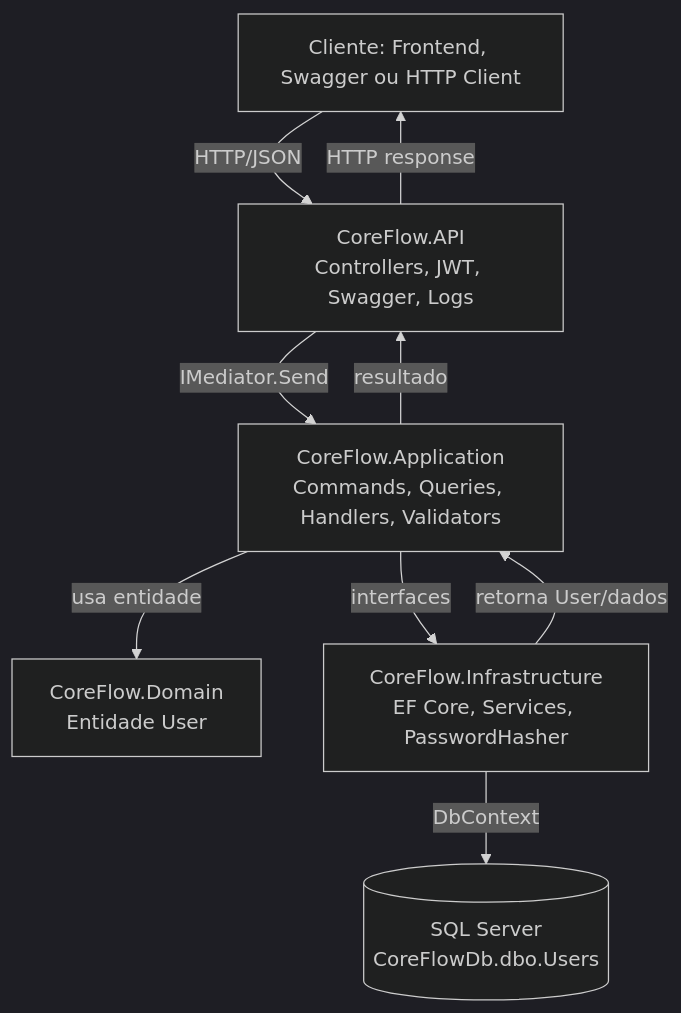
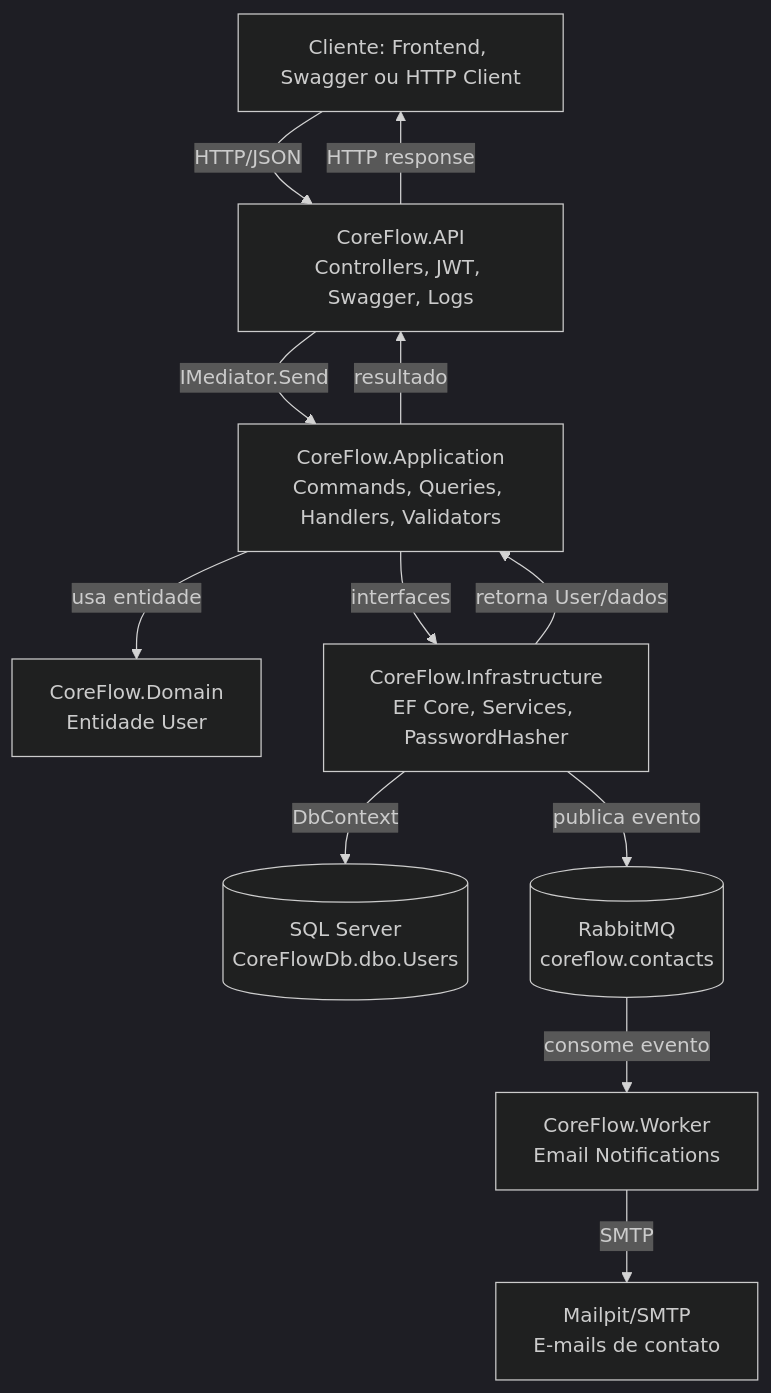
The first of 4 diagrams in CoreFlow/docs/documentacao-tecnica-coreflow-backend.md (george-marcone/AgendaApi), drawn with Mermaid (dark theme) before and after one commit. The commit also changed other lines of this file and 37 other files, not shown here.

````diff
--- a/CoreFlow/docs/documentacao-tecnica-coreflow-backend.md
+++ b/CoreFlow/docs/documentacao-tecnica-coreflow-backend.md
@@ -42,18 +45,24 @@
 ```mermaid
 flowchart TB
     Client[Cliente: Frontend, Swagger ou HTTP Client]
     Api[CoreFlow.API<br/>Controllers, JWT, Swagger, Logs]
     App[CoreFlow.Application<br/>Commands, Queries, Handlers, Validators]
     Domain[CoreFlow.Domain<br/>Entidade User]
     Infra[CoreFlow.Infrastructure<br/>EF Core, Services, PasswordHasher]
     Db[(SQL Server<br/>CoreFlowDb.dbo.Users)]
+    Rabbit[(RabbitMQ<br/>coreflow.contacts)]
+    Worker[CoreFlow.Worker<br/>Email Notifications]
+    Smtp[Mailpit/SMTP<br/>E-mails de contato]
 
     Client -->|HTTP/JSON| Api
     Api -->|IMediator.Send| App
     App -->|usa entidade| Domain
     App -->|interfaces| Infra
     Infra -->|DbContext| Db
+    Infra -->|publica evento| Rabbit
+    Rabbit -->|consome evento| Worker
+    Worker -->|SMTP| Smtp
     Infra -->|retorna User/dados| App
     App -->|resultado| Api
     Api -->|HTTP response| Client
 ```
````
